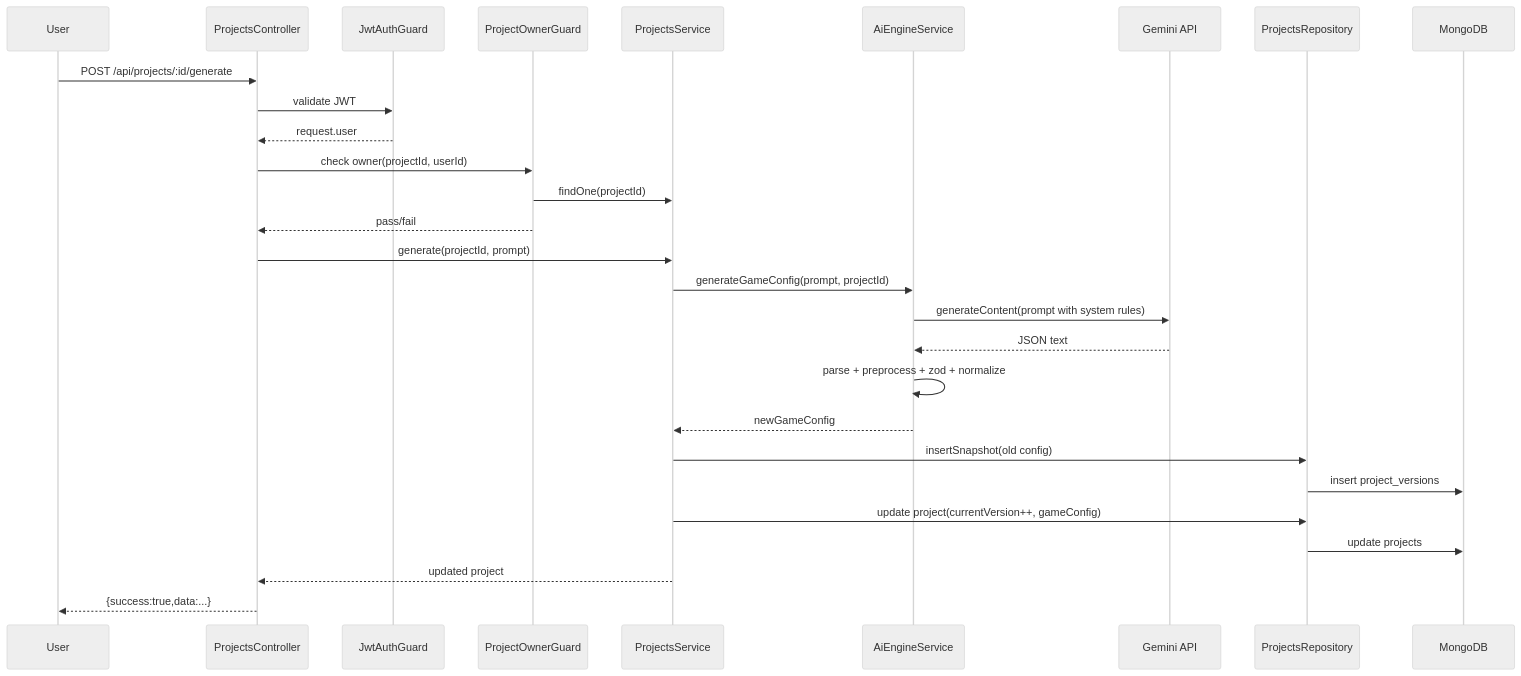
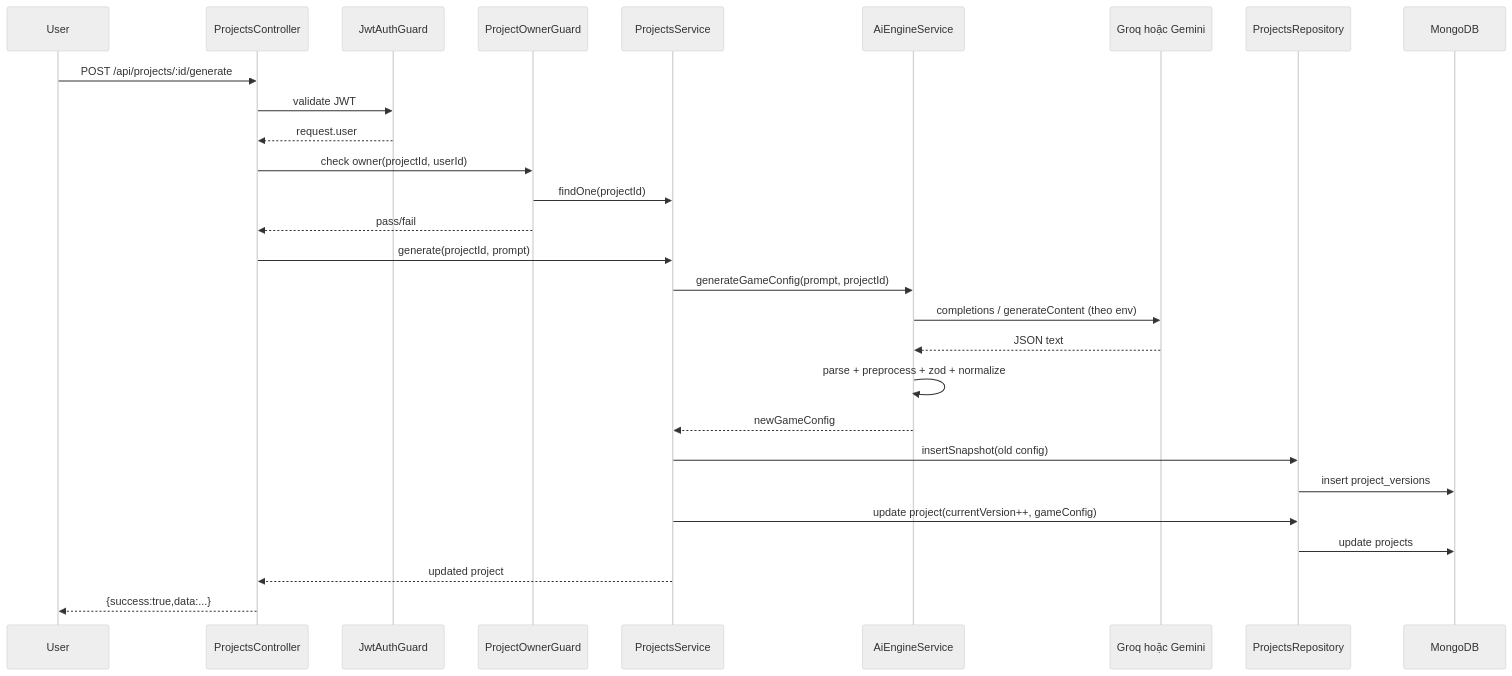
The second of 4 diagrams in SYSTEM_ARCHITECTURE.md (vietn0021/AI-no-code), drawn with Mermaid (neutral theme) before and after one commit. The commit also changed other lines of this file and 9 other files, not shown here.

````diff
--- a/SYSTEM_ARCHITECTURE.md
+++ b/SYSTEM_ARCHITECTURE.md
@@ -154,31 +154,31 @@
 ```mermaid
 sequenceDiagram
   participant U as User
   participant PC as ProjectsController
   participant JG as JwtAuthGuard
   participant OG as ProjectOwnerGuard
   participant PS as ProjectsService
   participant AIS as AiEngineService
-  participant G as Gemini API
+  participant LLM as Groq hoặc Gemini
   participant PR as ProjectsRepository
   participant DB as MongoDB
 
   U->>PC: POST /api/projects/:id/generate
   PC->>JG: validate JWT
   JG-->>PC: request.user
   PC->>OG: check owner(projectId, userId)
   OG->>PS: findOne(projectId)
   OG-->>PC: pass/fail
   PC->>PS: generate(projectId, prompt)
   PS->>AIS: generateGameConfig(prompt, projectId)
-  AIS->>G: generateContent(prompt with system rules)
-  G-->>AIS: JSON text
+  AIS->>LLM: completions / generateContent (theo env)
+  LLM-->>AIS: JSON text
   AIS->>AIS: parse + preprocess + zod + normalize
   AIS-->>PS: newGameConfig
   PS->>PR: insertSnapshot(old config)
   PR->>DB: insert project_versions
   PS->>PR: update project(currentVersion++, gameConfig)
   PR->>DB: update projects
   PS-->>PC: updated project
   PC-->>U: {success:true,data:...}
 ```
````
